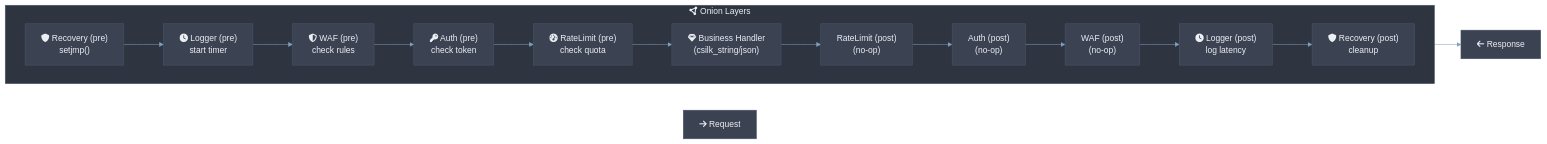
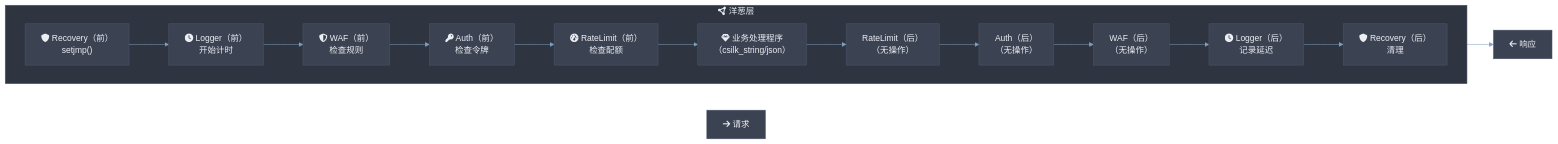
The third of 12 diagrams in docs/zh-CN/architecture.md (quintin-lee/csilk), drawn with Mermaid before and after one commit. The commit also changed other lines of this file and 1 other file, not shown here.

Commit message:
docs(zh-CN): 📝 refine Chinese translations for architecture and getting-started

````diff
--- a/docs/zh-CN/architecture.md
+++ b/docs/zh-CN/architecture.md
@@ -180,42 +182,42 @@
 ```mermaid
 %%{init: {
   'theme': 'base',
   'themeVariables': {
     'background': '#2E3440',
     'primaryColor': '#81A1C1',
     'primaryBorderColor': '#4C566A',
     'primaryTextColor': '#ECEFF4',
     'secondaryColor': '#3B4252',
     'secondaryBorderColor': '#434C5E',
     'secondaryTextColor': '#D8DEE9',
     'lineColor': '#81A1C1',
     'textColor': '#ECEFF4',
     'mainBkg': '#3B4252',
     'nodeBorder': '#4C566A',
     'clusterBkg': '#2E3440',
     'clusterBorder': '#4C566A',
     'titleColor': '#ECEFF4',
     'edgeLabelBackground': '#3B4252',
     'nodeTextColor': '#ECEFF4'
   },
   'flowchart': {'htmlLabels': true, 'curve': 'basis'}
 }}%%
 flowchart LR
-    REQ["fa:fa-arrow-right Request"]
+    REQ["fa:fa-arrow-right 请求"]
 
-    subgraph onion["fa:fa-circle-nodes Onion Layers"]
+    subgraph onion["fa:fa-circle-nodes 洋葱层"]
         direction LR
-        L1i["fa:fa-shield Recovery (pre)<br/>setjmp()"] --> L2i["fa:fa-clock Logger (pre)<br/>start timer"]
-        L2i --> L3i["fa:fa-shield-halved WAF (pre)<br/>check rules"]
-        L3i --> L4i["fa:fa-key Auth (pre)<br/>check token"]
-        L4i --> L5i["fa:fa-gauge-high RateLimit (pre)<br/>check quota"]
-        L5i --> CORE["fa:fa-gem Business Handler<br/>(csilk_string/json)"]
-        CORE --> L5o["RateLimit (post)<br/>(no-op)"]
-        L5o --> L4o["Auth (post)<br/>(no-op)"]
-        L4o --> L3o["WAF (post)<br/>(no-op)"]
-        L3o --> L2o["fa:fa-clock Logger (post)<br/>log latency"]
-        L2o --> L1o["fa:fa-shield Recovery (post)<br/>cleanup"]
+        L1i["fa:fa-shield Recovery（前）<br/>setjmp()"] --> L2i["fa:fa-clock Logger（前）<br/>开始计时"]
+        L2i --> L3i["fa:fa-shield-halved WAF（前）<br/>检查规则"]
+        L3i --> L4i["fa:fa-key Auth（前）<br/>检查令牌"]
+        L4i --> L5i["fa:fa-gauge-high RateLimit（前）<br/>检查配额"]
+        L5i --> CORE["fa:fa-gem 业务处理程序<br/>（csilk_string/json）"]
+        CORE --> L5o["RateLimit（后）<br/>（无操作）"]
+        L5o --> L4o["Auth（后）<br/>（无操作）"]
+        L4o --> L3o["WAF（后）<br/>（无操作）"]
+        L3o --> L2o["fa:fa-clock Logger（后）<br/>记录延迟"]
+        L2o --> L1o["fa:fa-shield Recovery（后）<br/>清理"]
     end
 
-    L1o --> RES["fa:fa-arrow-left Response"]
+    L1o --> RES["fa:fa-arrow-left 响应"]
 ```
````
